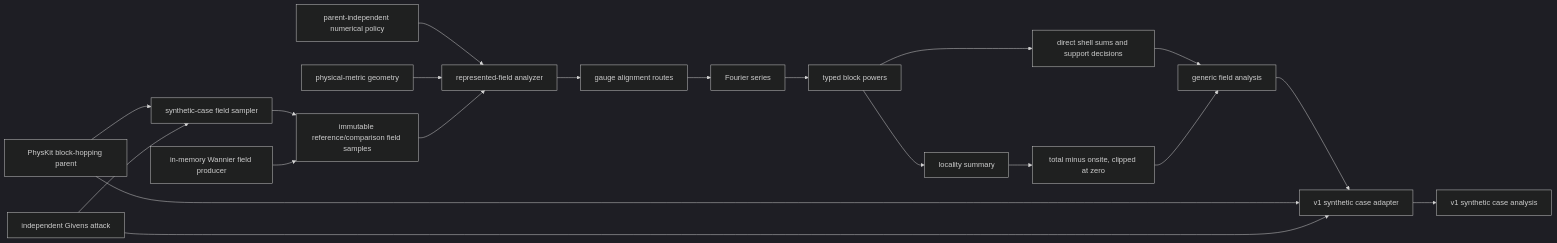
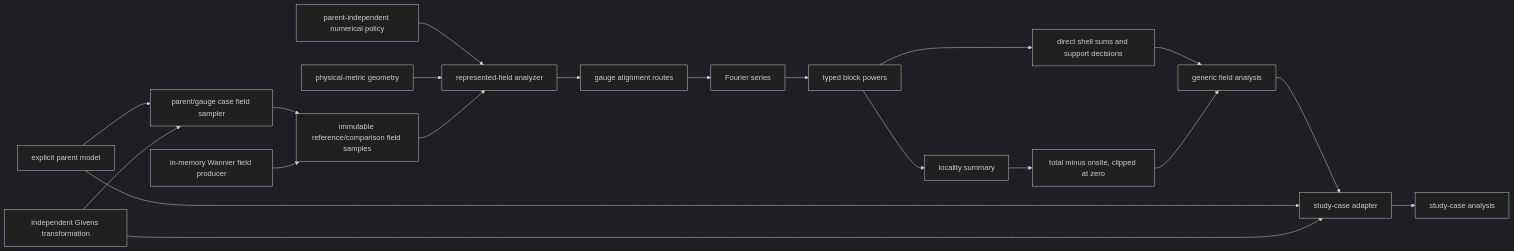
The diagram in docs/architecture/v3/ksdft2effmass/periodic3d/rankN/band_equivalence_hopping_locality/analysis/Periodic3DRankNBandEquivalenceHoppingLocalityCaseAnalyzer/schematics.md (eragasa/ksdft2effmass), drawn with Mermaid (dark theme) before and after one commit. The commit also changed 28 other files, not shown here.

Commit message:
refactor(periodic3d): separate parent and study ownership

````diff
--- a/docs/architecture/v3/ksdft2effmass/periodic3d/rankN/band_equivalence_hopping_locality/analysis/Periodic3DRankNBandEquivalenceHoppingLocalityCaseAnalyzer/schematics.md
+++ b/docs/architecture/v3/ksdft2effmass/periodic3d/rankN/band_equivalence_hopping_locality/analysis/Periodic3DRankNBandEquivalenceHoppingLocalityCaseAnalyzer/schematics.md
@@ -3,22 +3,22 @@
 ```mermaid
 flowchart LR
-    B[PhysKit block-hopping parent] --> C[synthetic-case field sampler]
-    G[independent Givens attack] --> C
+    B[explicit parent model] --> C[parent/gauge case field sampler]
+    G[independent Givens transformation] --> C
     C --> X[immutable reference/comparison field samples]
     W[in-memory Wannier field producer] --> X
     N[parent-independent numerical policy] --> A[represented-field analyzer]
     M[physical-metric geometry] --> A
     X --> A
     A --> U[gauge alignment routes]
     U --> F[Fourier series]
     F --> P[typed block powers]
     P --> Q[direct shell sums and support decisions]
     P --> L[locality summary]
     L --> R[total minus onsite, clipped at zero]
     Q --> Y[generic field analysis]
     R --> Y
-    Y --> V[v1 synthetic case adapter]
+    Y --> V[study-case adapter]
     B --> V
     G --> V
-    V --> O[v1 synthetic case analysis]
+    V --> O[study-case analysis]
 ```
````
